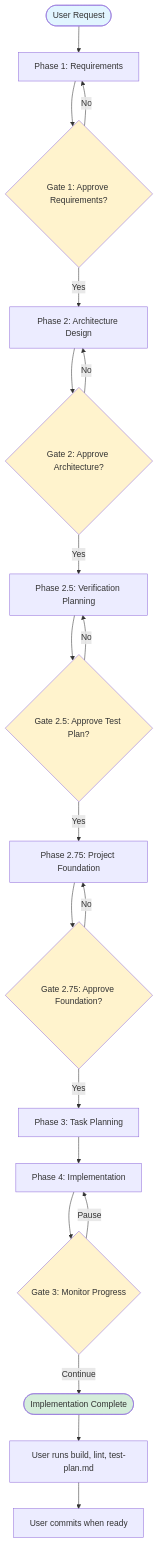
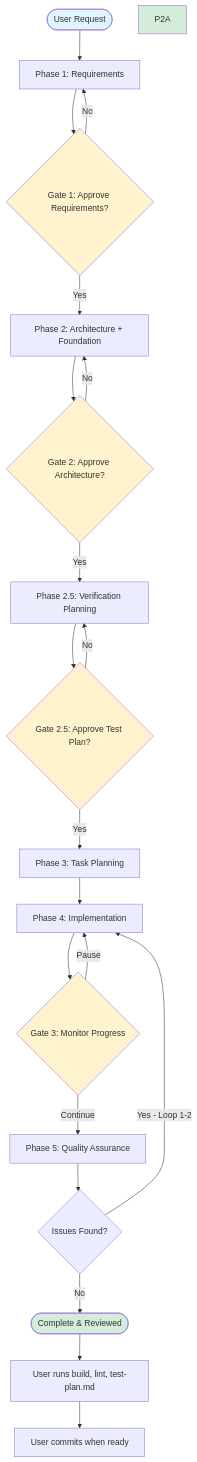
One commit to bgauryy/octocode-mcp changed the second of 4 diagrams in octocode-claude-plugin/docs/FLOW.md. Above: the diagram before and after it, drawn with Mermaid. The commit also changed other lines of this file and 17 other files, not shown here.

````diff
--- a/octocode-claude-plugin/docs/FLOW.md
+++ b/octocode-claude-plugin/docs/FLOW.md
@@ -36,30 +149,30 @@
 ```mermaid
 flowchart TD
     Start([User Request]) --> P1[Phase 1: Requirements]
     P1 --> G1{Gate 1: Approve Requirements?}
     G1 -->|No| P1
-    G1 -->|Yes| P2[Phase 2: Architecture Design]
+    G1 -->|Yes| P2[Phase 2: Architecture + Foundation]
     P2 --> G2{Gate 2: Approve Architecture?}
     G2 -->|No| P2
     G2 -->|Yes| P2_5[Phase 2.5: Verification Planning]
     P2_5 --> G2_5{Gate 2.5: Approve Test Plan?}
     G2_5 -->|No| P2_5
-    G2_5 -->|Yes| P2_75[Phase 2.75: Project Foundation]
-    P2_75 --> G2_75{Gate 2.75: Approve Foundation?}
-    G2_75 -->|No| P2_75
-    G2_75 -->|Yes| P3[Phase 3: Task Planning]
+    G2_5 -->|Yes| P3[Phase 3: Task Planning]
     P3 --> P4[Phase 4: Implementation]
     P4 --> G3{Gate 3: Monitor Progress}
     G3 -->|Pause| P4
-    G3 -->|Continue| End([Implementation Complete])
+    G3 -->|Continue| P5[Phase 5: Quality Assurance]
+    P5 --> Issues{Issues Found?}
+    Issues -->|Yes - Loop 1-2| P4
+    Issues -->|No| End([Complete & Reviewed])
     End --> Manual[User runs build, lint, test-plan.md]
     Manual --> Commit[User commits when ready]
 
     style Start fill:#e1f5ff
     style End fill:#d4edda
     style G1 fill:#fff3cd
     style G2 fill:#fff3cd
     style G2_5 fill:#fff3cd
-    style G2_75 fill:#fff3cd
     style G3 fill:#fff3cd
+    style P2A fill:#d4edda
 ```
````
